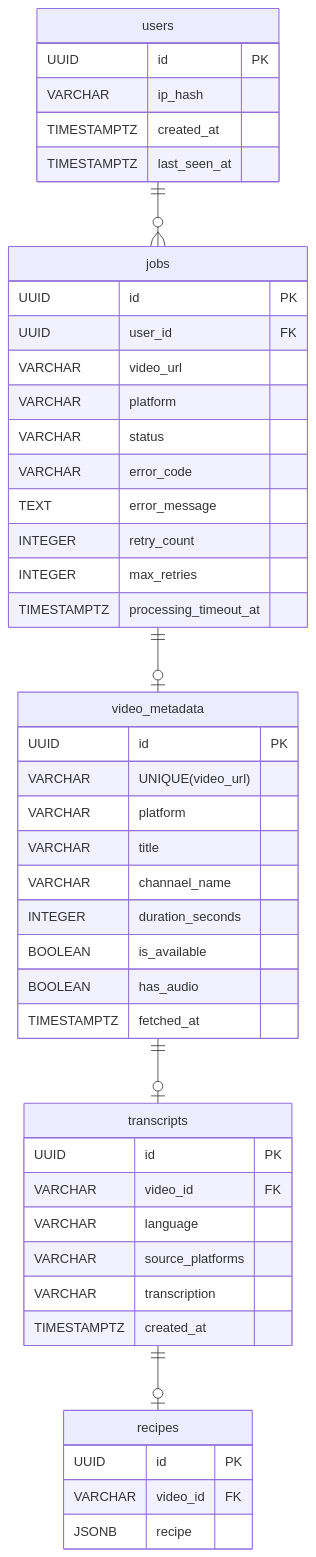
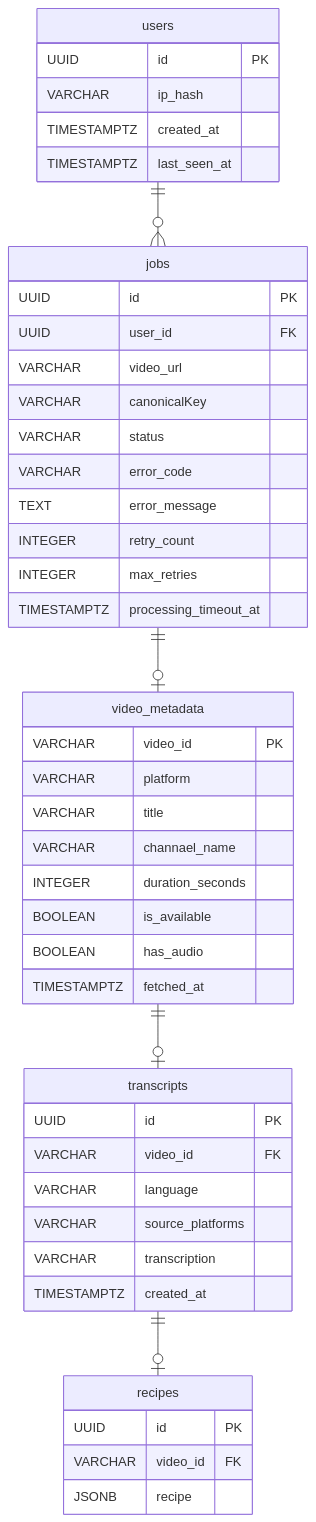
Before and after one commit to allfeia/Cooklink: the diagram in docs/Data/postgres/ER_DIAGRAM_POSTGRES.md, drawn with Mermaid. The commit also changed 18 other files, not shown here.

````diff
--- a/docs/Data/postgres/ER_DIAGRAM_POSTGRES.md
+++ b/docs/Data/postgres/ER_DIAGRAM_POSTGRES.md
@@ -1,71 +1,70 @@
 ```mermaid
 erDiagram
     %% ─────────────────────────────────────
     %% CORE TABLES
     %% ─────────────────────────────────────
     users {
         UUID id PK
         VARCHAR ip_hash
         TIMESTAMPTZ created_at
         TIMESTAMPTZ last_seen_at
     }
     
     jobs {
         UUID id PK
         UUID user_id FK
         VARCHAR video_url
-        VARCHAR platform
+        VARCHAR canonicalKey
         VARCHAR status
         VARCHAR error_code
         TEXT error_message
         INTEGER retry_count
         INTEGER max_retries
         TIMESTAMPTZ processing_timeout_at
     }
     
     video_metadata {
-        UUID id PK
-        VARCHAR UNIQUE(video_url)
+        VARCHAR video_id PK
         VARCHAR platform
         VARCHAR title
         VARCHAR channael_name
         INTEGER duration_seconds
         BOOLEAN is_available
         BOOLEAN has_audio
         TIMESTAMPTZ fetched_at
     }
     
     %% ─────────────────────────────────────
     %% RECIPE DATA
     %% ─────────────────────────────────────
     transcripts {
         UUID id PK
         VARCHAR video_id FK
         VARCHAR language
         VARCHAR source_platforms
         VARCHAR transcription
         TIMESTAMPTZ created_at
     }
     
     recipes {
         UUID id PK
         VARCHAR video_id FK
         JSONB recipe
     }
     
 %%    rate_limit_counters {
 %%        UUID id PK
 %%        VARCHAR ip_hash
 %%        TIMESTAMPTZ window_start
 %%        INTEGER request_count
 %%    }
     
     %% ─────────────────────────────────────
     %% RELATIONSHIPS
     %% ─────────────────────────────────────
     users ||--o{ jobs : ""
     video_metadata ||--o| transcripts : ""
     transcripts ||--o| recipes : ""
     jobs ||--o| video_metadata : ""
 %%    users ||--o{ rate_limit_counters : ""
 ```
````
